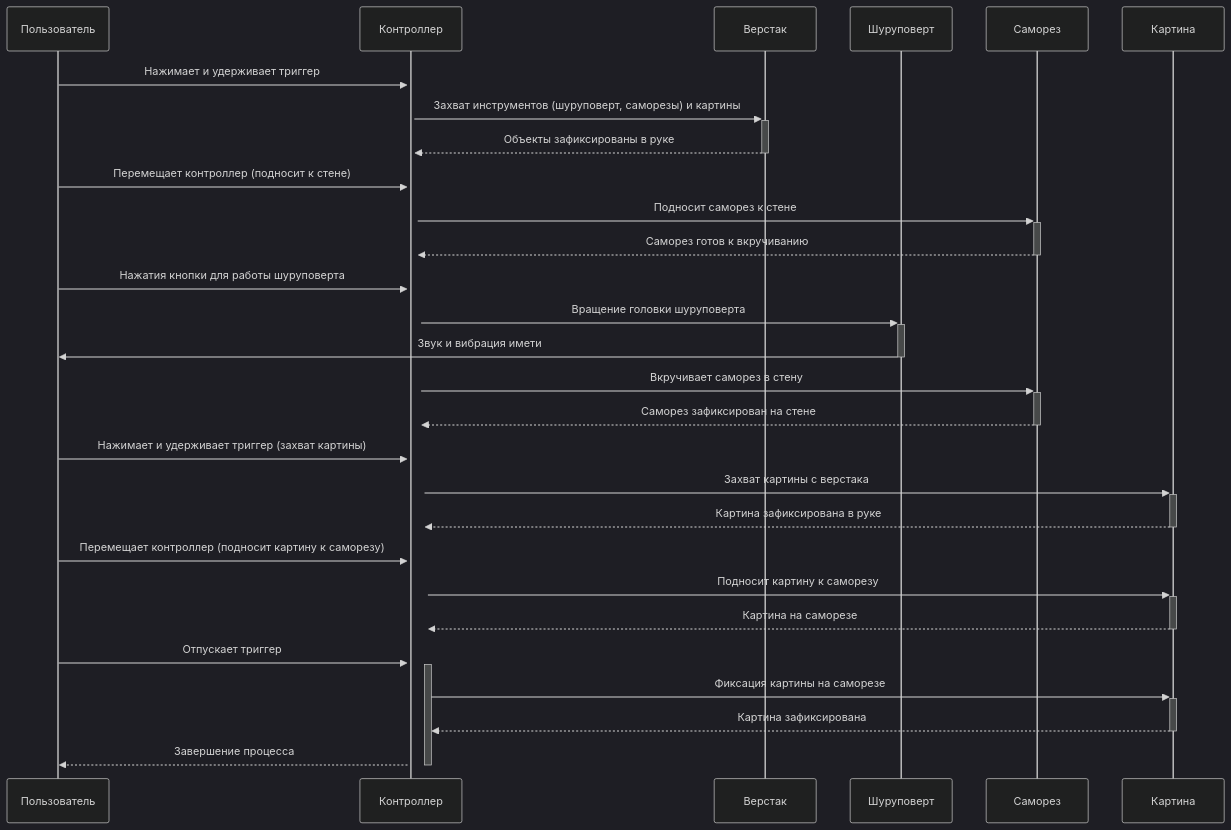
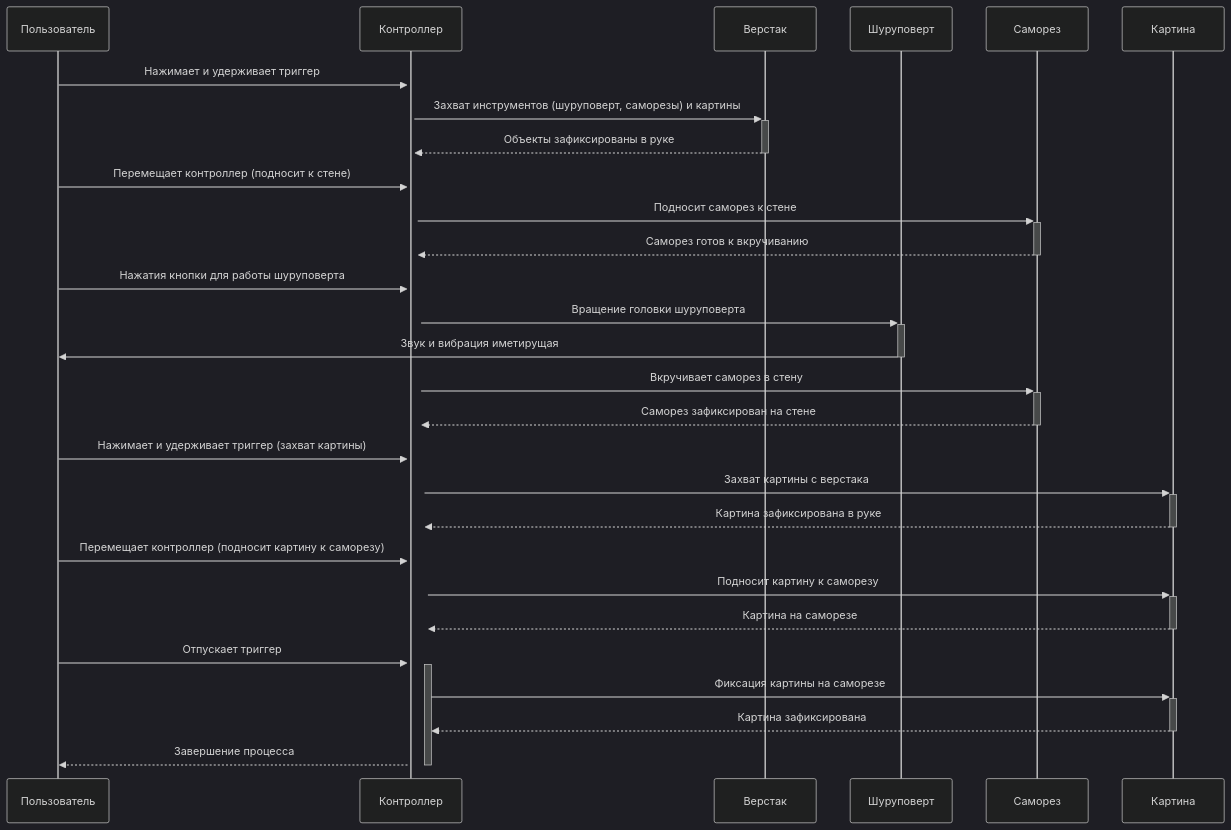
The diagram in all/не называться-1.md (NerdyCep/iodraw-files), drawn with Mermaid (dark theme) before and after one commit.

Commit message:
2025-02-25 18:28:53 update

````diff
--- a/all/не называться-1.md
+++ b/all/не называться-1.md
@@ -1,32 +1,32 @@
 ```mermaid
 sequenceDiagram
     participant Пользователь
     participant Контроллер
     participant Верстак
     participant Шуруповерт
     participant Саморез
     participant Картина
     
 
     Пользователь->>+Контроллер: Нажимает и удерживает триггер
     Контроллер->>+Верстак: Захват инструментов (шуруповерт, саморезы) и картины
     Верстак-->>-Контроллер: Объекты зафиксированы в руке
     Пользователь->>+Контроллер: Перемещает контроллер (подносит к стене)
     Контроллер->>+Саморез: Подносит саморез к стене
     Саморез-->>-Контроллер: Саморез готов к вкручиванию
     Пользователь->>+Контроллер: Нажатия кнопки для работы шуруповерта
     Контроллер->>+Шуруповерт: Вращение головки шуруповерта
-    Шуруповерт->>-Пользователь: Звук и вибрация имети
+    Шуруповерт->>-Пользователь: Звук и вибрация иметирущая 
     Контроллер->>+Саморез: Вкручивает саморез в стену
     Саморез-->>-Контроллер: Саморез зафиксирован на стене
     Пользователь->>+Контроллер: Нажимает и удерживает триггер (захват картины)
     Контроллер->>+Картина: Захват картины с верстака
     Картина-->>-Контроллер: Картина зафиксирована в руке
     Пользователь->>+Контроллер: Перемещает контроллер (подносит картину к саморезу)
     Контроллер->>+Картина: Подносит картину к саморезу
     Картина-->>-Контроллер: Картина на саморезе
     Пользователь->>+Контроллер: Отпускает триггер
     Контроллер->>+Картина: Фиксация картины на саморезе
     Картина-->>-Контроллер: Картина зафиксирована
     Контроллер-->>-Пользователь: Завершение процесса
 ```
````
